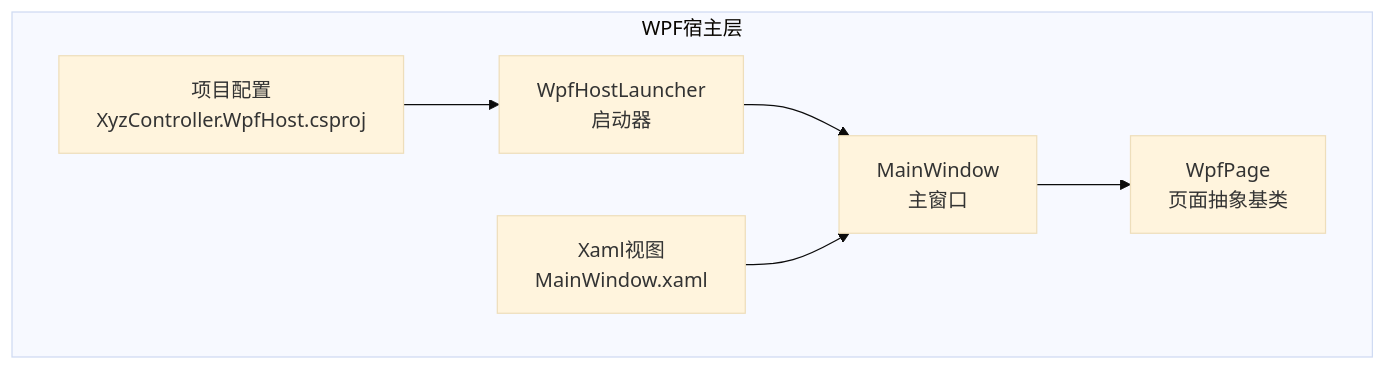
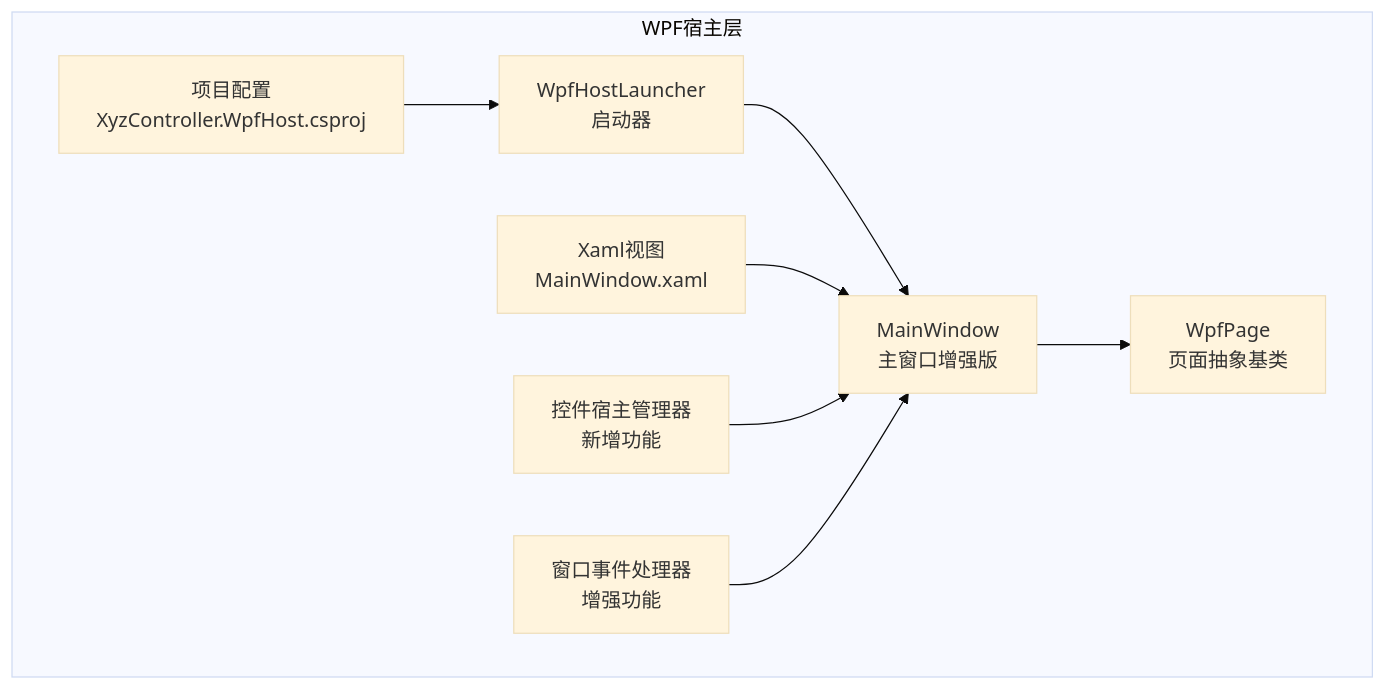
One commit to fuweiq94-cloud/3399180760 changed the first of 3 diagrams in .qoder/repowiki/zh/content/WPF宿主层.md. Above: the diagram before and after it, drawn with Mermaid (base theme). The commit also changed other lines of this file and 22 other files, not shown here.

````diff
--- a/.qoder/repowiki/zh/content/WPF宿主层.md
+++ b/.qoder/repowiki/zh/content/WPF宿主层.md
@@ -36,9 +43,11 @@
 ```mermaid
 graph TB
 subgraph "WPF宿主层"
-A["WpfHostLauncher<br/>启动器"] --> B["MainWindow<br/>主窗口"]
+A["WpfHostLauncher<br/>启动器"] --> B["MainWindow<br/>主窗口增强版"]
 B --> C["WpfPage<br/>页面抽象基类"]
 D["Xaml视图<br/>MainWindow.xaml"] --> B
 E["项目配置<br/>XyzController.WpfHost.csproj"] --> A
+F["控件宿主管理器<br/>新增功能"] --> B
+G["窗口事件处理器<br/>增强功能"] --> B
 end
 ```
````
